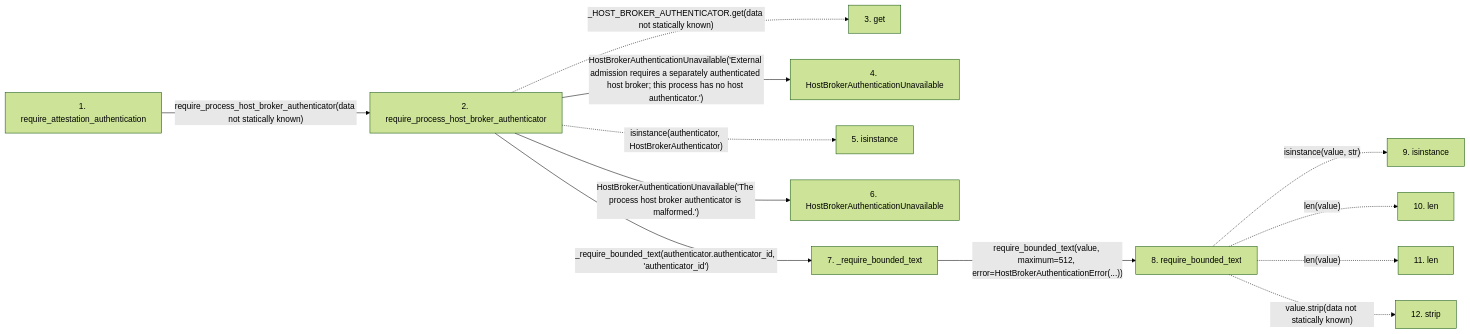
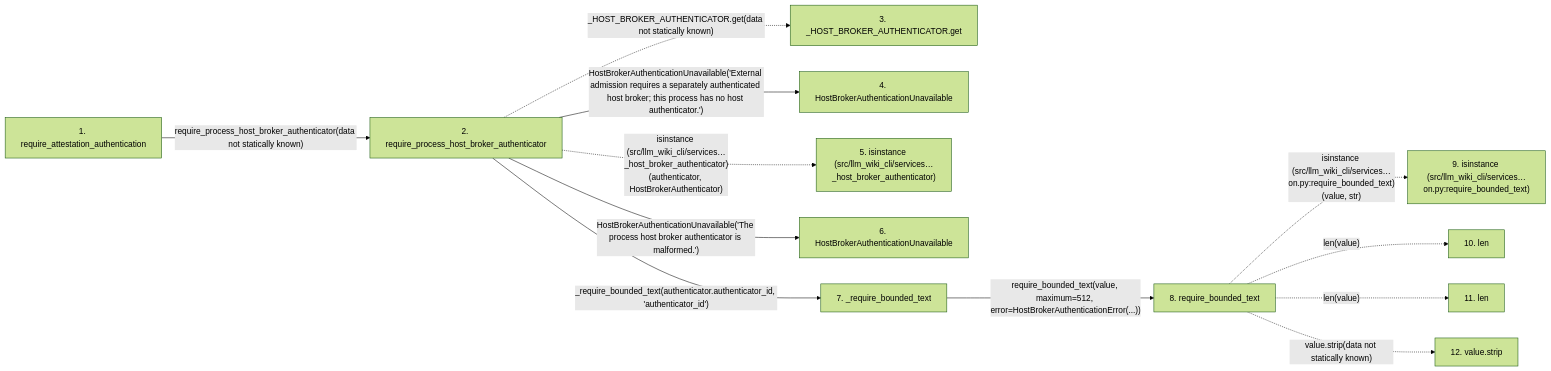
The second of 2 diagrams in docs/llm_wiki/flows/api-require_attestation_authentication.md (Denissvgn/python-wiki-llm), drawn with Mermaid (forest theme) before and after one commit. The commit also changed other lines of this file and 719 other files, not shown here.

````diff
--- a/docs/llm_wiki/flows/api-require_attestation_authentication.md
+++ b/docs/llm_wiki/flows/api-require_attestation_authentication.md
@@ -50,32 +52,32 @@
 ```mermaid
 flowchart LR
     s1["1. require_attestation_authentication"]
     s2["2. require_process_host_broker_authenticator"]
-    s3["3. get"]
+    s3["3. _HOST_BROKER_AUTHENTICATOR.get"]
     s4["4. HostBrokerAuthenticationUnavailable"]
-    s5["5. isinstance"]
+    s5["5. isinstance (src/llm_wiki_cli/services…_host_broker_authenticator)"]
     s6["6. HostBrokerAuthenticationUnavailable"]
     s7["7. _require_bounded_text"]
     s8["8. require_bounded_text"]
-    s9["9. isinstance"]
+    s9["9. isinstance (src/llm_wiki_cli/services…on.py:require_bounded_text)"]
     s10["10. len"]
     s11["11. len"]
-    s12["12. strip"]
+    s12["12. value.strip"]
     s1 -->|"require_process_host_broker_authenticator(data not statically known)"| s2
     s2 -. "_HOST_BROKER_AUTHENTICATOR.get(data not statically known)" .-> s3
     s2 -->|"HostBrokerAuthenticationUnavailable('External admission requires a separately authenticated host broker; this process has no host authenticator.')"| s4
-    s2 -. "isinstance(authenticator, HostBrokerAuthenticator)" .-> s5
+    s2 -. "isinstance (src/llm_wiki_cli/services…_host_broker_authenticator)(authenticator, HostBrokerAuthenticator)" .-> s5
     s2 -->|"HostBrokerAuthenticationUnavailable('The process host broker authenticator is malformed.')"| s6
     s2 -->|"_require_bounded_text(authenticator.authenticator_id, 'authenticator_id')"| s7
     s7 -->|"require_bounded_text(value, maximum=512, error=HostBrokerAuthenticationError(...))"| s8
-    s8 -. "isinstance(value, str)" .-> s9
+    s8 -. "isinstance (src/llm_wiki_cli/services…on.py:require_bounded_text)(value, str)" .-> s9
     s8 -. "len(value)" .-> s10
     s8 -. "len(value)" .-> s11
     s8 -. "value.strip(data not statically known)" .-> s12
     click s1 "../modules/host_broker.md"
     click s2 "../modules/host_broker.md"
     click s4 "../modules/host_broker.md"
     click s6 "../modules/host_broker.md"
     click s7 "../modules/host_broker.md"
     click s8 "../modules/validation.md"
 ```
````
